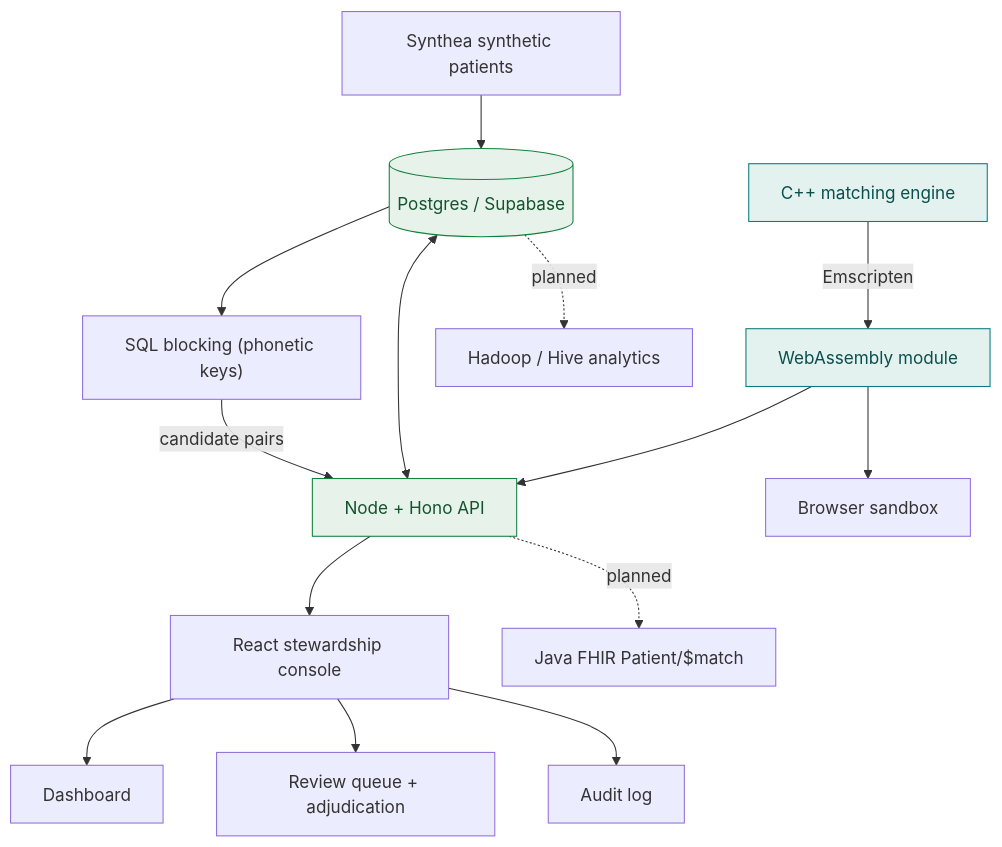
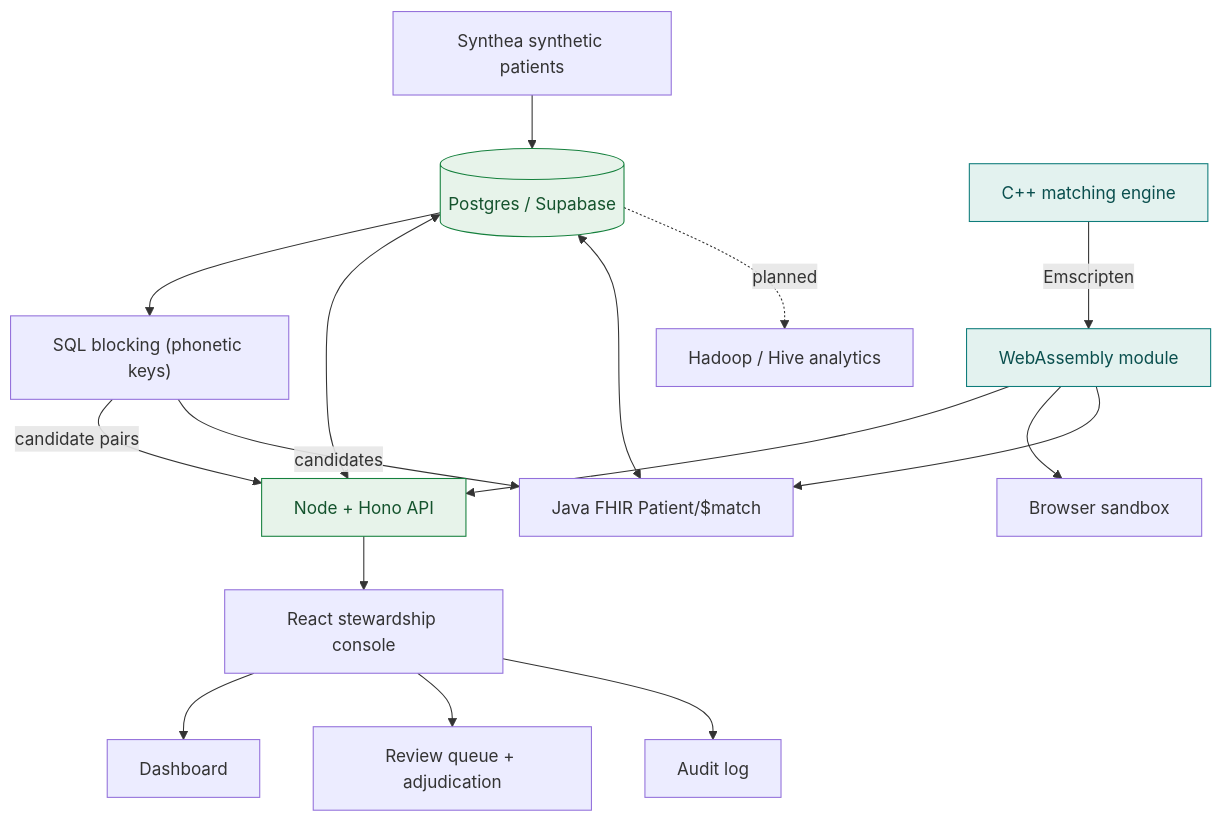
The diagram in README.md (royalgillz/PatientDedupe), drawn with Mermaid before and after one commit. The commit also changed other lines of this file and 35 other files, not shown here.

First line of the commit message:
Add the FHIR Patient/$match API

````diff
--- a/README.md
+++ b/README.md
@@ -64,21 +64,23 @@
 ```mermaid
 flowchart TD
     A["Synthea synthetic patients"] --> DB[("Postgres / Supabase")]
     E["C++ matching engine"] -->|"Emscripten"| W["WebAssembly module"]
     W --> API["Node + Hono API"]
     W --> SB["Browser sandbox"]
     DB --> BLK["SQL blocking (phonetic keys)"]
     BLK -->|"candidate pairs"| API
     DB <--> API
     API --> UI["React stewardship console"]
     UI --> D1["Dashboard"]
     UI --> D2["Review queue + adjudication"]
     UI --> D3["Audit log"]
-    API -. planned .-> FHIR["Java FHIR Patient/$match"]
+    W --> FHIR["Java FHIR Patient/$match"]
+    BLK -->|"candidates"| FHIR
+    DB <--> FHIR
     DB -. planned .-> HV["Hadoop / Hive analytics"]
 
     classDef core fill:#e3f2ef,stroke:#0e7c7b,color:#0a4f4e;
     classDef data fill:#e7f3ea,stroke:#15803d,color:#14532d;
     class E,W core;
     class DB,API data;
 ```
````
